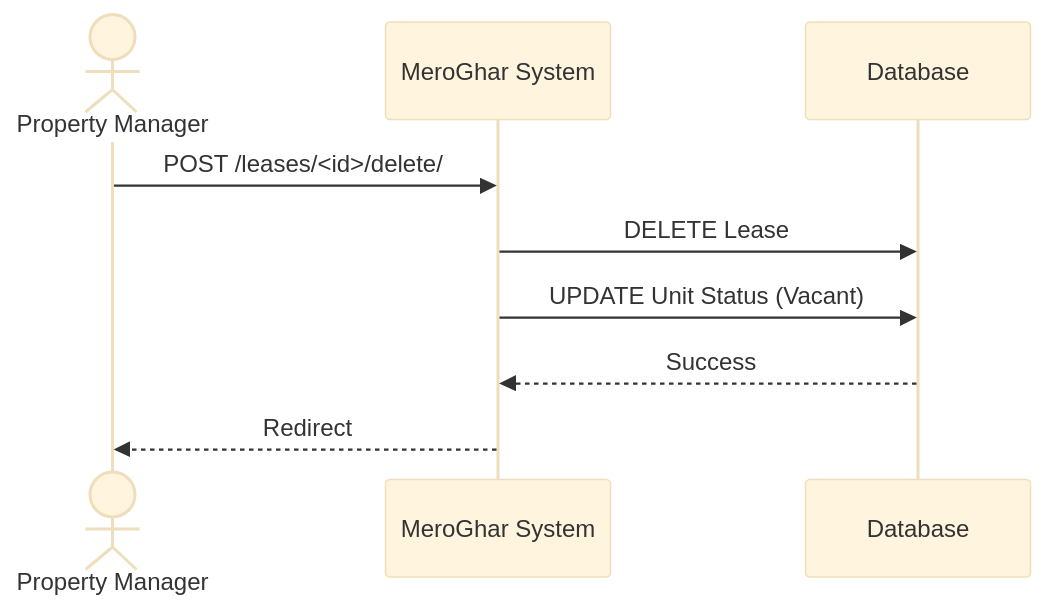
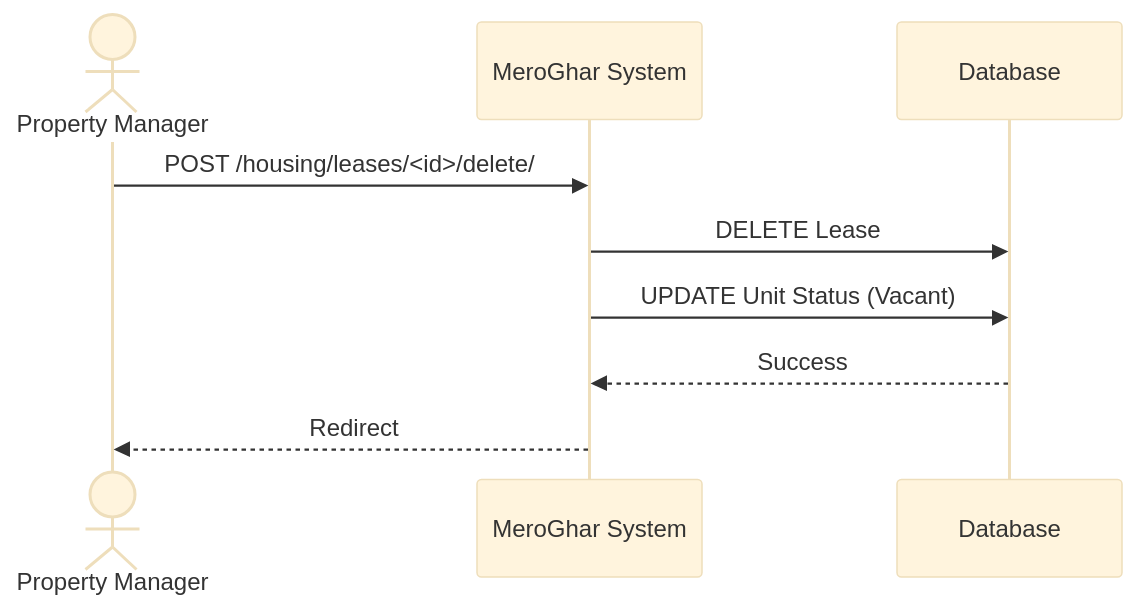
One commit to 0Ankit0/meroghar changed the fourth of 4 diagrams in docs/workflows/lease.md. Above: the diagram before and after it, drawn with Mermaid (base theme). The commit also changed other lines of this file and 10 other files, not shown here.

````diff
--- a/docs/workflows/lease.md
+++ b/docs/workflows/lease.md
@@ -85,12 +85,12 @@
 ```mermaid
 sequenceDiagram
     actor Manager as Property Manager
     participant System as MeroGhar System
     participant DB as Database
 
-    Manager->>System: POST /leases/<id>/delete/
+    Manager->>System: POST /housing/leases/<id>/delete/
     System->>DB: DELETE Lease
     System->>DB: UPDATE Unit Status (Vacant)
     DB-->>System: Success
     System-->>Manager: Redirect
 ```
````
